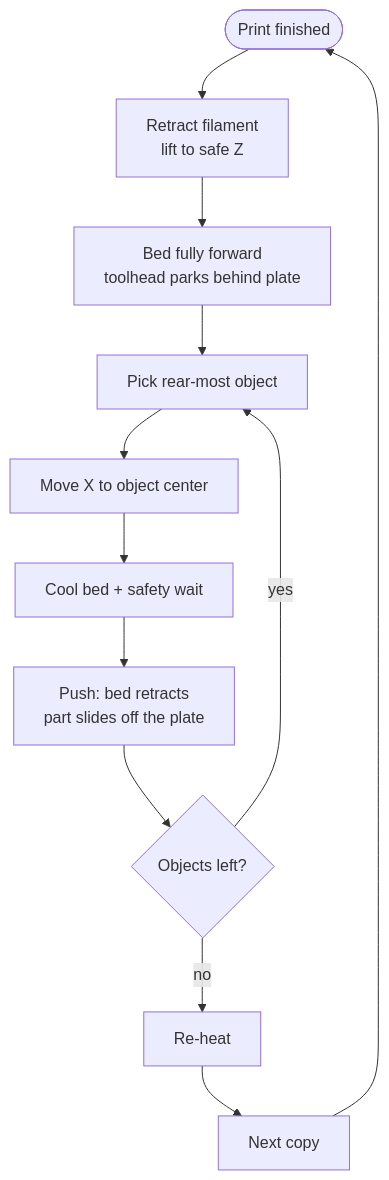
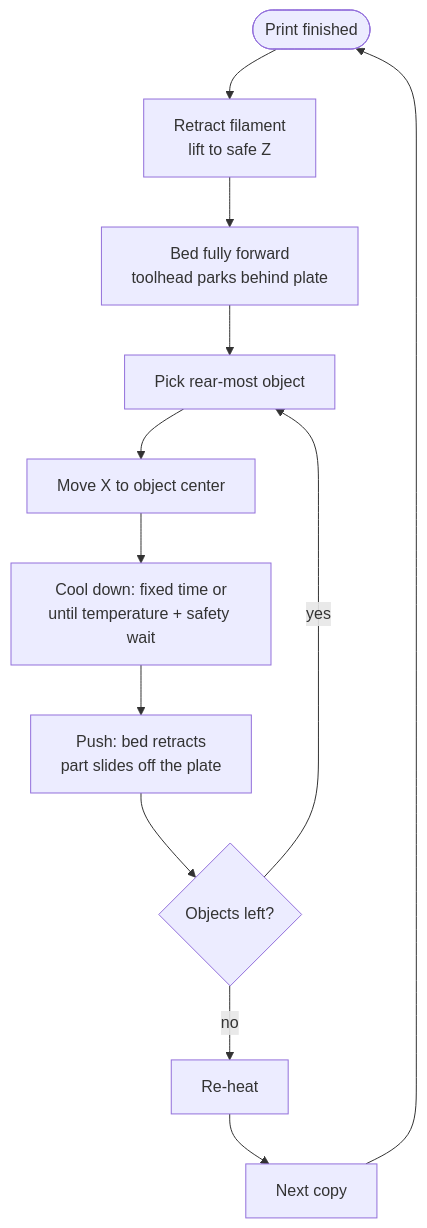
One commit to joshmadison/bambu-sequencer changed the diagram in README.md. Above: the diagram before and after it, drawn with Mermaid. The commit also changed other lines of this file and 6 other files, not shown here.

````diff
--- a/README.md
+++ b/README.md
@@ -52,14 +58,14 @@
 ```mermaid
 flowchart TD
     A([Print finished]) --> B[Retract filament<br/>lift to safe Z]
     B --> C[Bed fully forward<br/>toolhead parks behind plate]
     C --> D[Pick rear-most object]
     D --> E[Move X to object center]
-    E --> F[Cool bed + safety wait]
+    E --> F[Cool down: fixed time or<br/>until temperature + safety wait]
     F --> G[Push: bed retracts<br/>part slides off the plate]
     G --> H{Objects left?}
     H -- yes --> D
     H -- no --> I[Re-heat]
     I --> J[Next copy]
     J --> A
 ```
````
